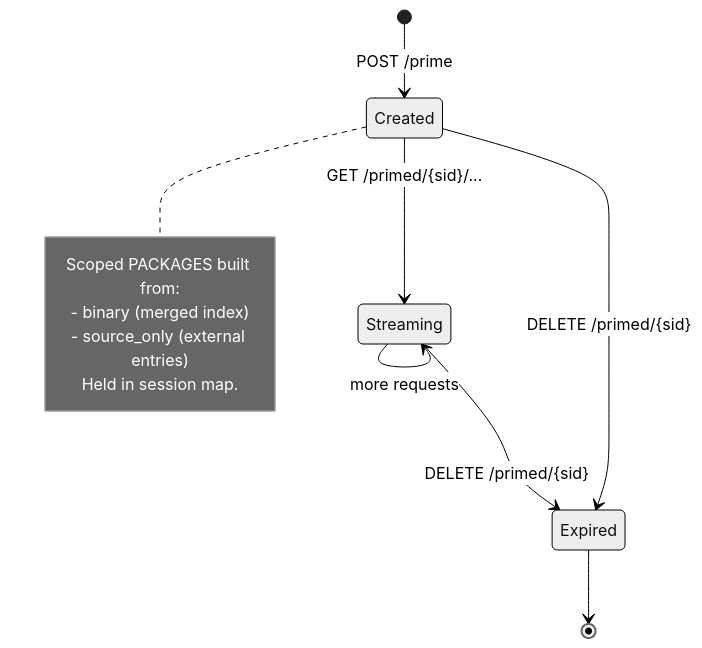
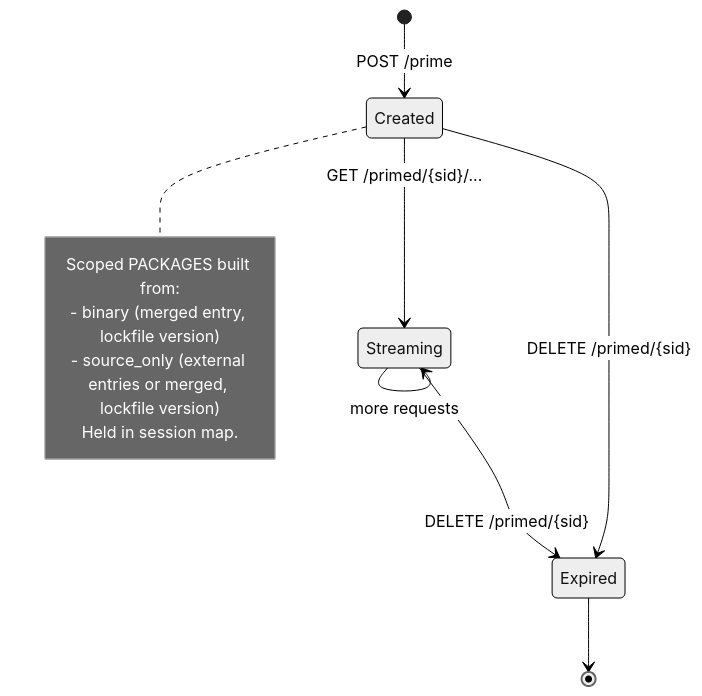
The ninth of 10 diagrams in inst/tools/repo_server.md (jasp-stats/jaspModuleTools), drawn with Mermaid (neutral theme) before and after one commit. The commit also changed other lines of this file and 2 other files, not shown here.

First line of the commit message:
docs: sync SPEC.md and repo_server.md to /prime implementation; build: retry failed binaries as source

````diff
--- a/inst/tools/repo_server.md
+++ b/inst/tools/repo_server.md
@@ -411,15 +427,15 @@
 ```mermaid
 stateDiagram-v2
     [*] --> Created: POST /prime
     note right of Created
-        Scoped PACKAGES built from:
-        - binary (merged index)
-        - source_only (external entries)
-        Held in session map.
+      Scoped PACKAGES built from:
+      - binary (merged entry, lockfile version)
+      - source_only (external entries or merged, lockfile version)
+      Held in session map.
     end note
     Created --> Streaming: GET /primed/{sid}/...
     Streaming --> Streaming: more requests
     Streaming --> Expired: DELETE /primed/{sid}
     Created --> Expired: DELETE /primed/{sid}
     Expired --> [*]
 ```
````
